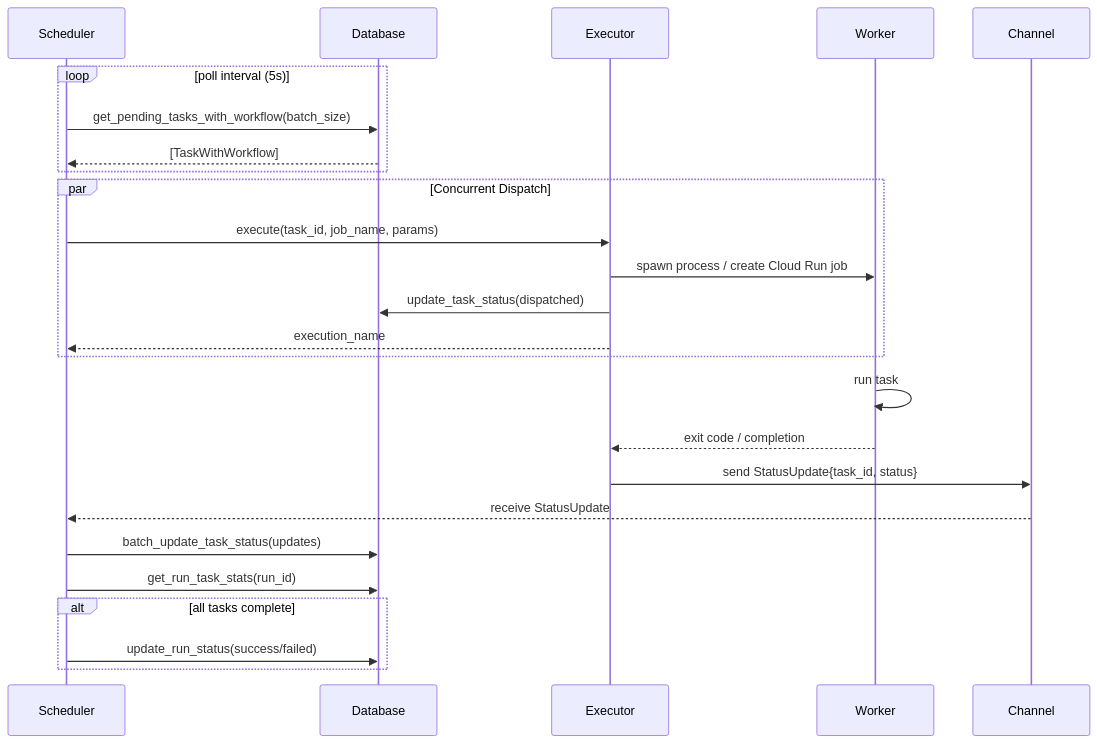
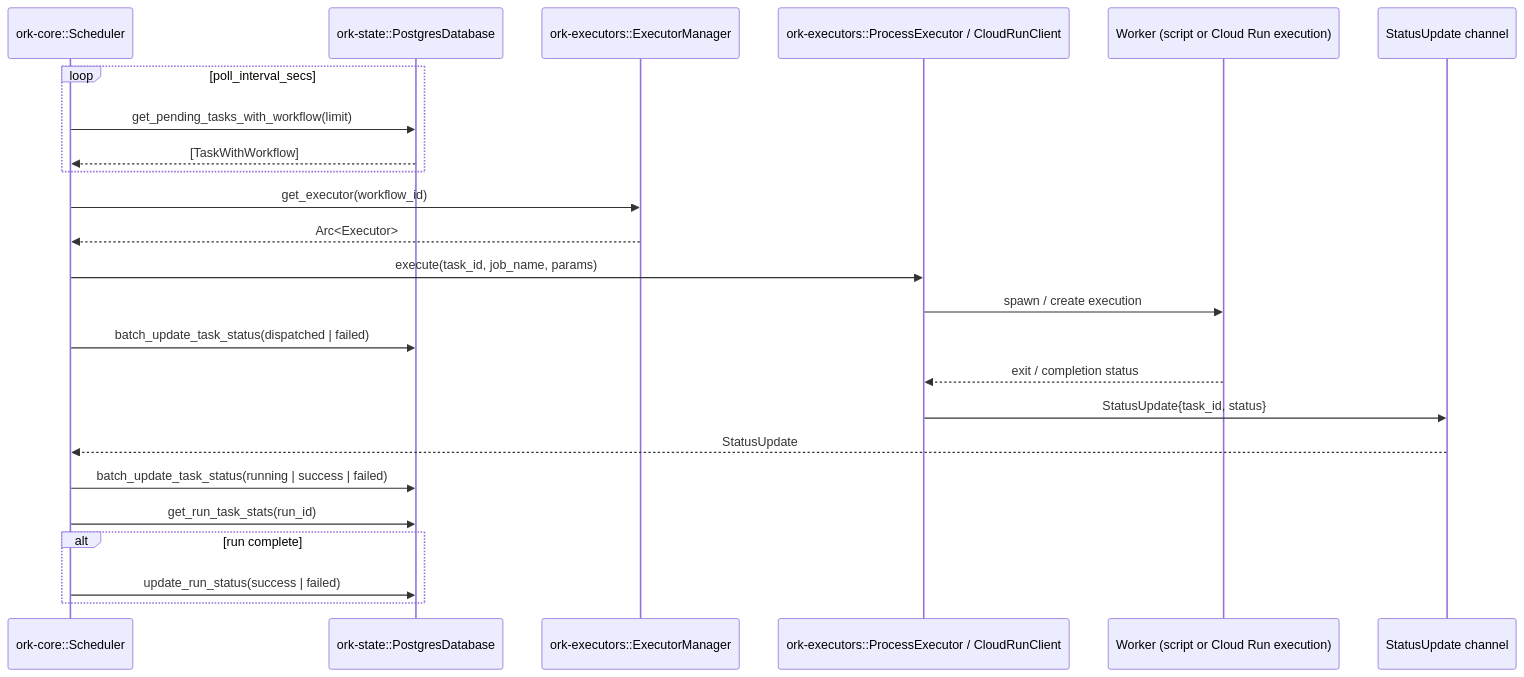
One commit to gajop/ork changed the third of 3 diagrams in docs/dev/architecture.md. Above: the diagram before and after it, drawn with Mermaid. The commit also changed other lines of this file and 19 other files, not shown here.

Commit message:
docs: refresh architecture/spec/crate docs and add docs check script

````diff
--- a/docs/dev/architecture.md
+++ b/docs/dev/architecture.md
@@ -77,33 +84,30 @@
 ```mermaid
 sequenceDiagram
-    participant Scheduler
-    participant DB as Database
-    participant Executor
-    participant Worker
-    participant Channel
+    participant Scheduler as ork-core::Scheduler
+    participant DB as ork-state::PostgresDatabase
+    participant ExecMgr as ork-executors::ExecutorManager
+    participant Exec as ork-executors::ProcessExecutor / CloudRunClient
+    participant Worker as Worker (script or Cloud Run execution)
+    participant Channel as StatusUpdate channel
 
-    loop poll interval (5s)
-        Scheduler->>DB: get_pending_tasks_with_workflow(batch_size)
+    loop poll_interval_secs
+        Scheduler->>DB: get_pending_tasks_with_workflow(limit)
         DB-->>Scheduler: [TaskWithWorkflow]
     end
 
-    par Concurrent Dispatch
-        Scheduler->>Executor: execute(task_id, job_name, params)
-        Executor->>Worker: spawn process / create Cloud Run job
-        Executor->>DB: update_task_status(dispatched)
-        Executor-->>Scheduler: execution_name
-    end
+    Scheduler->>ExecMgr: get_executor(workflow_id)
+    ExecMgr-->>Scheduler: Arc<Executor>
+    Scheduler->>Exec: execute(task_id, job_name, params)
+    Exec->>Worker: spawn / create execution
+    Scheduler->>DB: batch_update_task_status(dispatched | failed)
 
-    Worker->>Worker: run task
-    Worker-->>Executor: exit code / completion
+    Worker-->>Exec: exit / completion status
+    Exec->>Channel: StatusUpdate{task_id, status}
+    Channel-->>Scheduler: StatusUpdate
 
-    Executor->>Channel: send StatusUpdate{task_id, status}
-    Channel-->>Scheduler: receive StatusUpdate
-
-    Scheduler->>DB: batch_update_task_status(updates)
+    Scheduler->>DB: batch_update_task_status(running | success | failed)
     Scheduler->>DB: get_run_task_stats(run_id)
-
-    alt all tasks complete
-        Scheduler->>DB: update_run_status(success/failed)
+    alt run complete
+        Scheduler->>DB: update_run_status(success | failed)
     end
 ```
````
